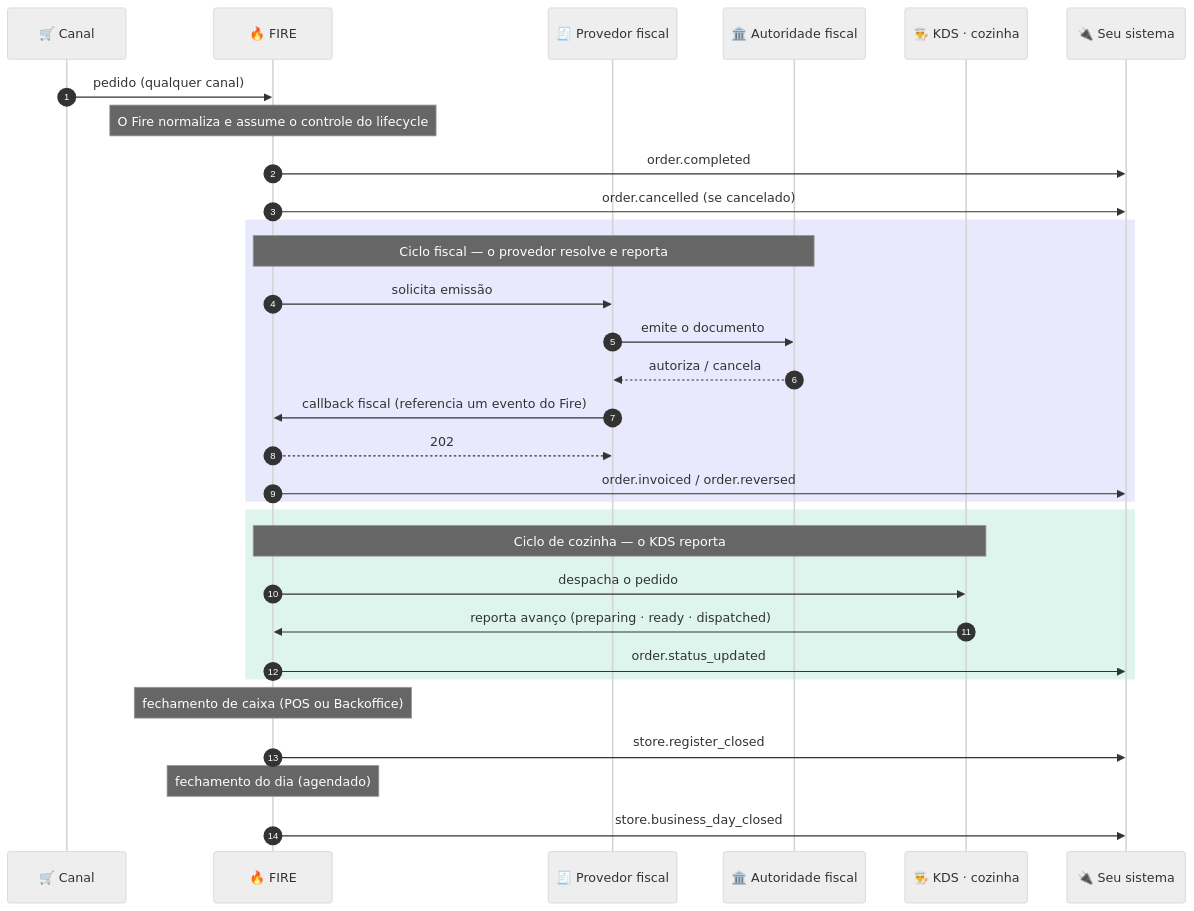
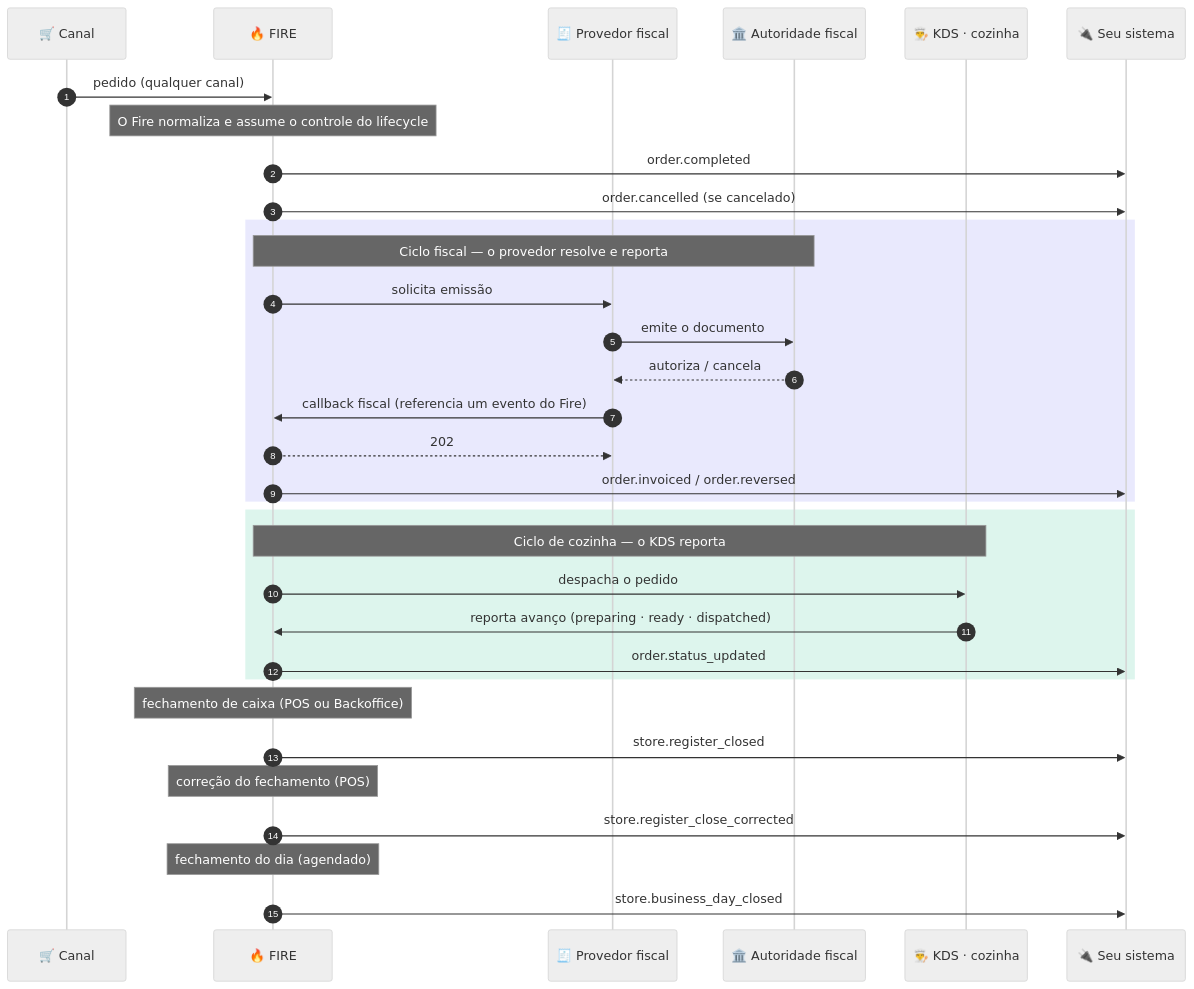
One commit to fire-rest/documentation changed the first of 3 diagrams in pt/events/overview.mdx. Above: the diagram before and after it, drawn with Mermaid (neutral theme). The commit also changed other lines of this file and 24 other files, not shown here.

First line of the commit message:
docs(caja): corregir un cierre de caja y evento store.register_close_corrected (ES/EN/PT)

````diff
--- a/pt/events/overview.mdx
+++ b/pt/events/overview.mdx
@@ -24,38 +24,41 @@
 ```mermaid
 sequenceDiagram
     autonumber
     participant CH as 🛒 Canal
     participant F as 🔥 FIRE
     participant FP as 🧾 Provedor fiscal
     participant AU as 🏛️ Autoridade fiscal
     participant K as 👨‍🍳 KDS · cozinha
     participant Y as 🔌 Seu sistema
 
     CH->>F: pedido (qualquer canal)
     Note over F: O Fire normaliza e assume o controle do lifecycle
     F->>Y: order.completed
     F->>Y: order.cancelled (se cancelado)
 
     rect rgba(99, 102, 241, 0.14)
     Note over F,AU: Ciclo fiscal — o provedor resolve e reporta
     F->>FP: solicita emissão
     FP->>AU: emite o documento
     AU-->>FP: autoriza / cancela
     FP->>F: callback fiscal (referencia um evento do Fire)
     F-->>FP: 202
     F->>Y: order.invoiced / order.reversed
     end
 
     rect rgba(16, 185, 129, 0.14)
     Note over F,K: Ciclo de cozinha — o KDS reporta
     F->>K: despacha o pedido
     K->>F: reporta avanço (preparing · ready · dispatched)
     F->>Y: order.status_updated
     end
 
     Note over F: fechamento de caixa (POS ou Backoffice)
     F->>Y: store.register_closed
 
+    Note over F: correção do fechamento (POS)
+    F->>Y: store.register_close_corrected
+
     Note over F: fechamento do dia (agendado)
     F->>Y: store.business_day_closed
 ```
````
